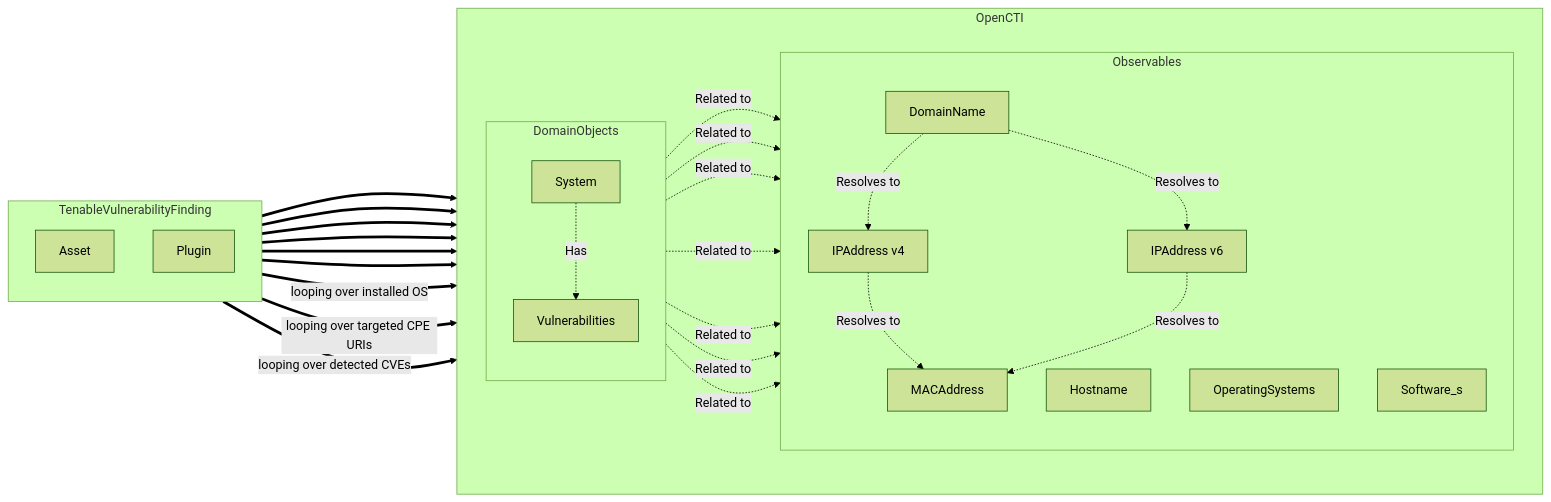
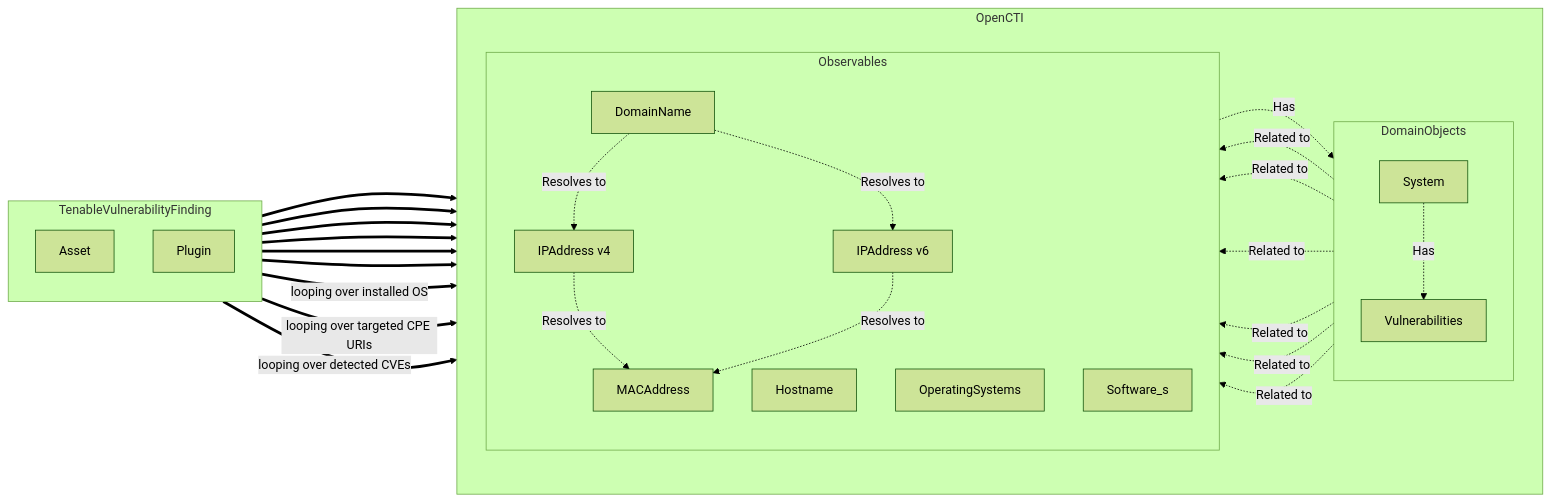
The first of 2 diagrams in external-import/tenable-vuln-management/README.md (OpenCTI-Platform/connectors), drawn with Mermaid (forest theme) before and after one commit.

Commit message:
doc : update readme accordingly

````diff
--- a/external-import/tenable-vuln-management/README.md
+++ b/external-import/tenable-vuln-management/README.md
@@ -130,48 +130,48 @@
 ```mermaid
 graph LR
     subgraph TenableVulnerabilityFinding
         direction TB
         TenableAsset[Asset]
         TenablePlugin[Plugin]
     end
 
     subgraph OpenCTI
         direction LR
         subgraph DomainObjects
             direction TB
             OpenCTISystem[System]
             OpenCTIVulnerability[Vulnerabilities]
         end
 
         subgraph Observables
             direction TB
             OpenCTIMACAddress[MACAddress]
             OpenCTIPv4Address[IPAddress v4]
             OpenCTIPv6Address[IPAddress v6]
             OpenCTIHostname[Hostname]
             OpenCTIDomainName[DomainName]
             OpenCTIOperatingSystem[OperatingSystems]
             OpenCTISoftware[Software_s]
         
         end
         %% OpenCTIMACAddress ~~~ OpenCTIPv4Address
     end
 
     %% Asset generates System and Observables
     TenableAsset ==> OpenCTISystem & OpenCTIMACAddress & OpenCTIPv4Address & OpenCTIPv6Address & OpenCTIHostname & OpenCTIDomainName
     TenableAsset==>|looping over installed OS| OpenCTIOperatingSystem
 
     %% Plugin generates Software and Vulnerability
     TenablePlugin ==>|looping over targeted CPE URIs| OpenCTISoftware
     TenablePlugin ==>|looping over detected CVEs| OpenCTIVulnerability
 
     %% Relationships between System and Observables
     OpenCTISystem -.-> |"Related to"| OpenCTIMACAddress & OpenCTIPv4Address & OpenCTIPv6Address & OpenCTIHostname & OpenCTIDomainName & OpenCTIOperatingSystem
     %% Relationships between observables
     OpenCTIDomainName -.->|"Resolves to"| OpenCTIPv4Address & OpenCTIPv6Address -.->|"Resolves to"| OpenCTIMACAddress
     
     %% Relationships between Vulnerabilities and Software
-    OpenCTIVulnerability -.-> |"Related to"| OpenCTISoftware
+    OpenCTISoftware -.-> |"Has"| OpenCTIVulnerability
 
     OpenCTISystem -.-> |"Has"| OpenCTIVulnerability
 ```
````
